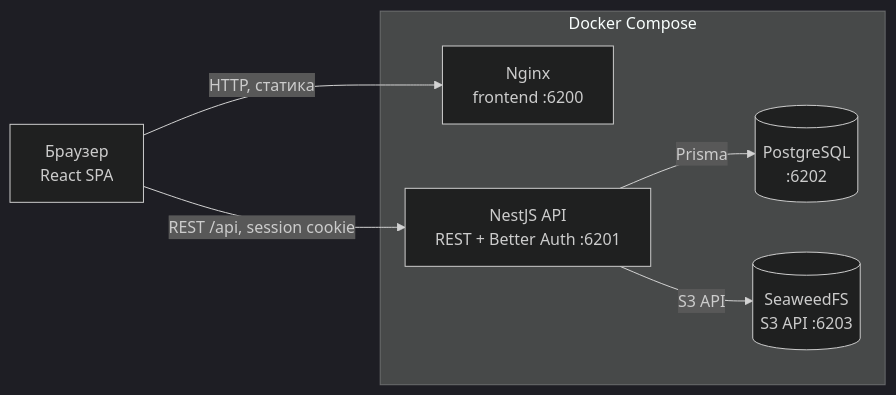
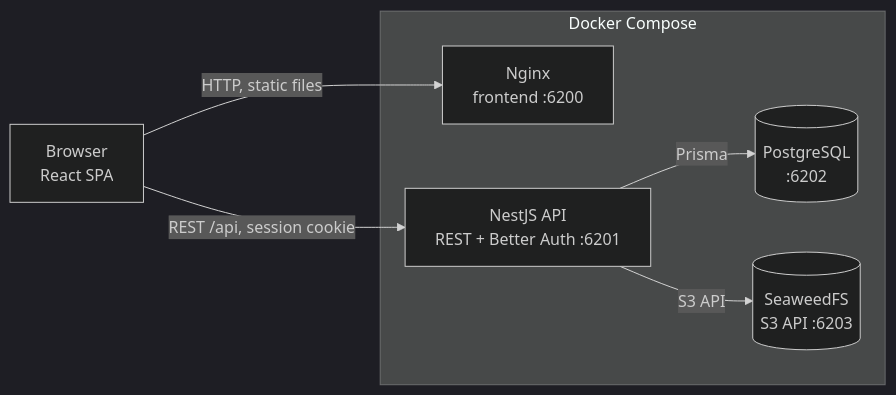
Before and after one commit to ge-a-nikitin/hecho-demo: the diagram in README.md, drawn with Mermaid (dark theme). The commit also changed other lines of this file and 9 other files, not shown here.

````diff
--- a/README.md
+++ b/README.md
@@ -38,16 +38,16 @@
 ```mermaid
 flowchart LR
-    U["Браузер<br/>React SPA"]
+    U["Browser<br/>React SPA"]
 
     subgraph DC["Docker Compose"]
         N["Nginx<br/>frontend :6200"]
         A["NestJS API<br/>REST + Better Auth :6201"]
         P[("PostgreSQL<br/>:6202")]
         S[("SeaweedFS<br/>S3 API :6203")]
     end
 
-    U -->|"HTTP, статика"| N
+    U -->|"HTTP, static files"| N
     U -->|"REST /api, session cookie"| A
     A -->|"Prisma"| P
     A -->|"S3 API"| S
 ```
````
